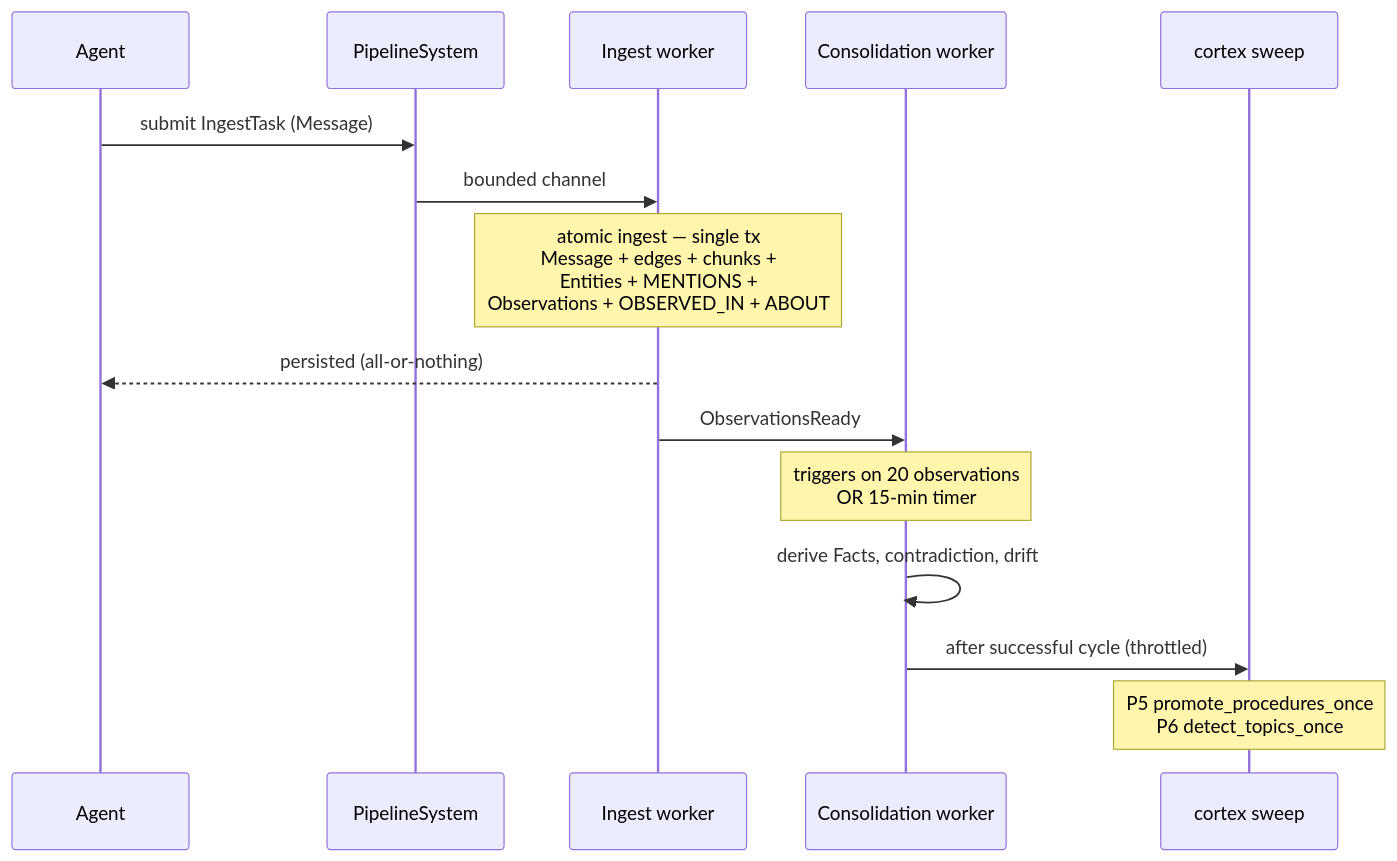
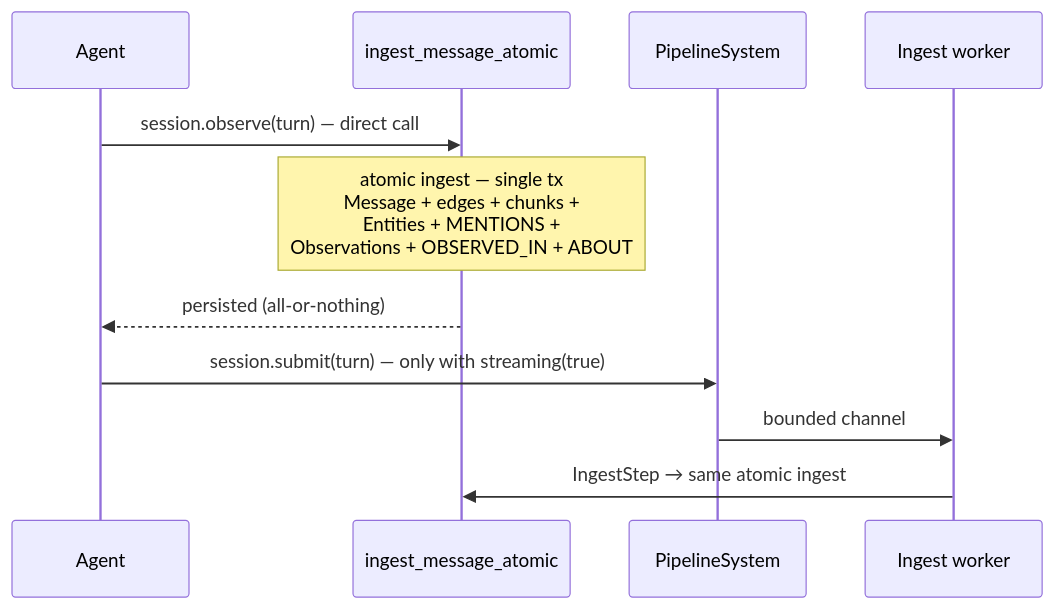
One commit to milliondreams/uniko changed the second of 2 diagrams in website/docs/concepts/architecture.md. Above: the diagram before and after it, drawn with Mermaid. The commit also changed other lines of this file and 22 other files, not shown here.

````diff
--- a/website/docs/concepts/architecture.md
+++ b/website/docs/concepts/architecture.md
@@ -119,18 +119,15 @@
 ```mermaid
 sequenceDiagram
     participant Agent
+    participant IA as ingest_message_atomic
     participant PS as PipelineSystem
     participant IW as Ingest worker
-    participant CW as Consolidation worker
-    participant CTX as cortex sweep
 
-    Agent->>PS: submit IngestTask (Message)
+    Agent->>IA: session.observe(turn) — direct call
+    Note over IA: atomic ingest — single tx<br/>Message + edges + chunks +<br/>Entities + MENTIONS +<br/>Observations + OBSERVED_IN + ABOUT
+    IA-->>Agent: persisted (all-or-nothing)
+
+    Agent->>PS: session.submit(turn) — only with streaming(true)
     PS->>IW: bounded channel
-    Note over IW: atomic ingest — single tx<br/>Message + edges + chunks +<br/>Entities + MENTIONS +<br/>Observations + OBSERVED_IN + ABOUT
-    IW-->>Agent: persisted (all-or-nothing)
-    IW->>CW: ObservationsReady
-    Note over CW: triggers on 20 observations<br/>OR 15-min timer
-    CW->>CW: derive Facts, contradiction, drift
-    CW->>CTX: after successful cycle (throttled)
-    Note over CTX: P5 promote_procedures_once<br/>P6 detect_topics_once
+    IW->>IA: IngestStep → same atomic ingest
 ```
````
